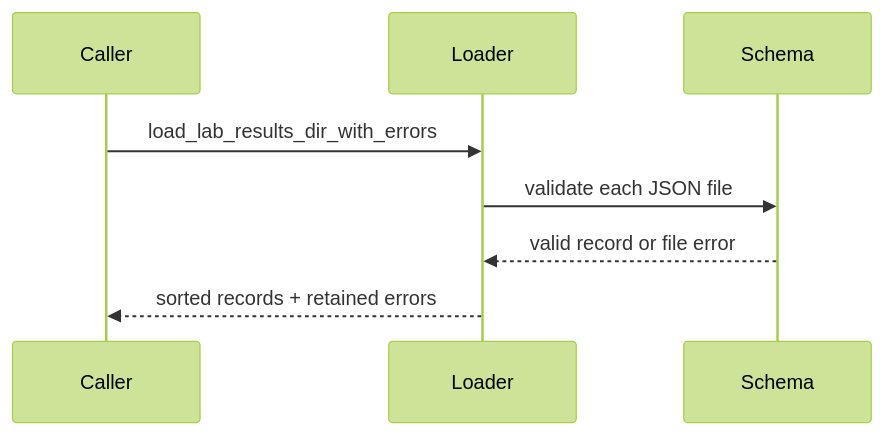
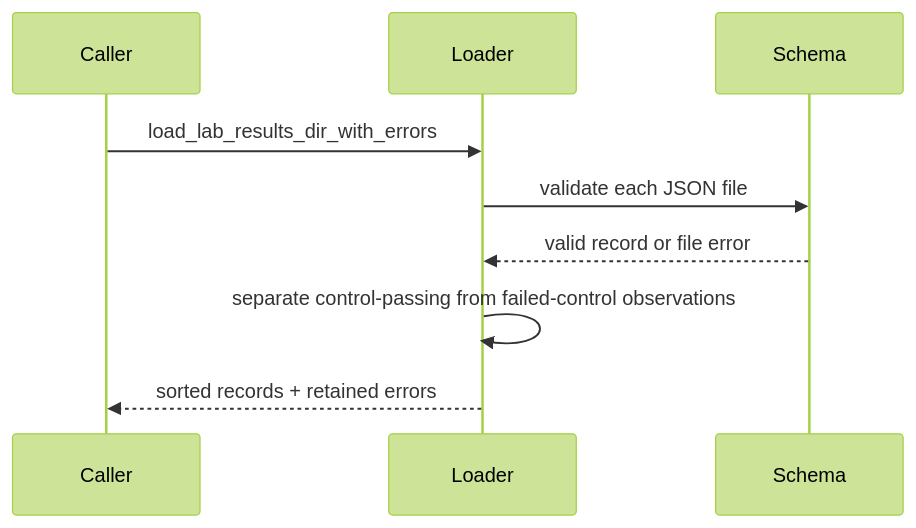
Before and after one commit to streamentry/OpenAMP-Foundry: the second of 2 diagrams in src/openamp_foundry/data/AGENTS.md, drawn with Mermaid (forest theme). The commit also changed other lines of this file and 13 other files, not shown here.

````diff
--- a/src/openamp_foundry/data/AGENTS.md
+++ b/src/openamp_foundry/data/AGENTS.md
@@ -25,10 +30,11 @@
 ```mermaid
 sequenceDiagram
   participant Caller
   participant Loader
   participant Schema
   Caller->>Loader: load_lab_results_dir_with_errors
   Loader->>Schema: validate each JSON file
   Schema-->>Loader: valid record or file error
+  Loader->>Loader: separate control-passing from failed-control observations
   Loader-->>Caller: sorted records + retained errors
 ```
````
